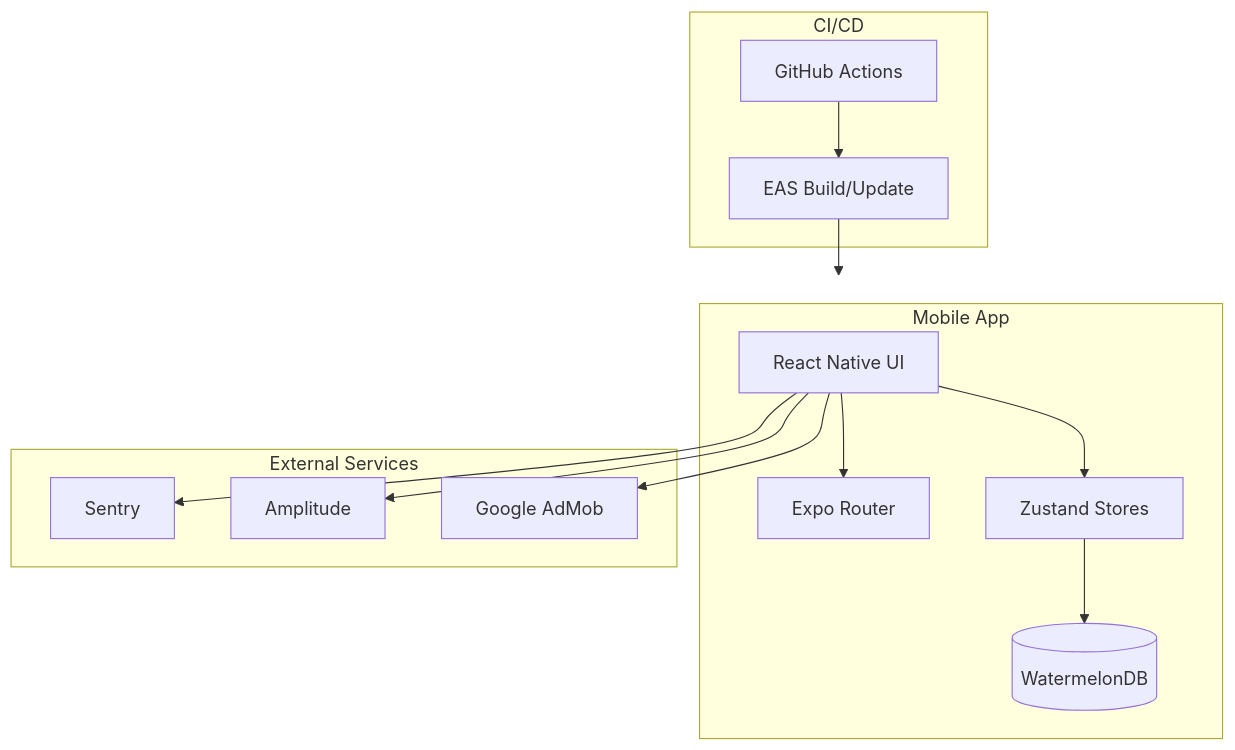
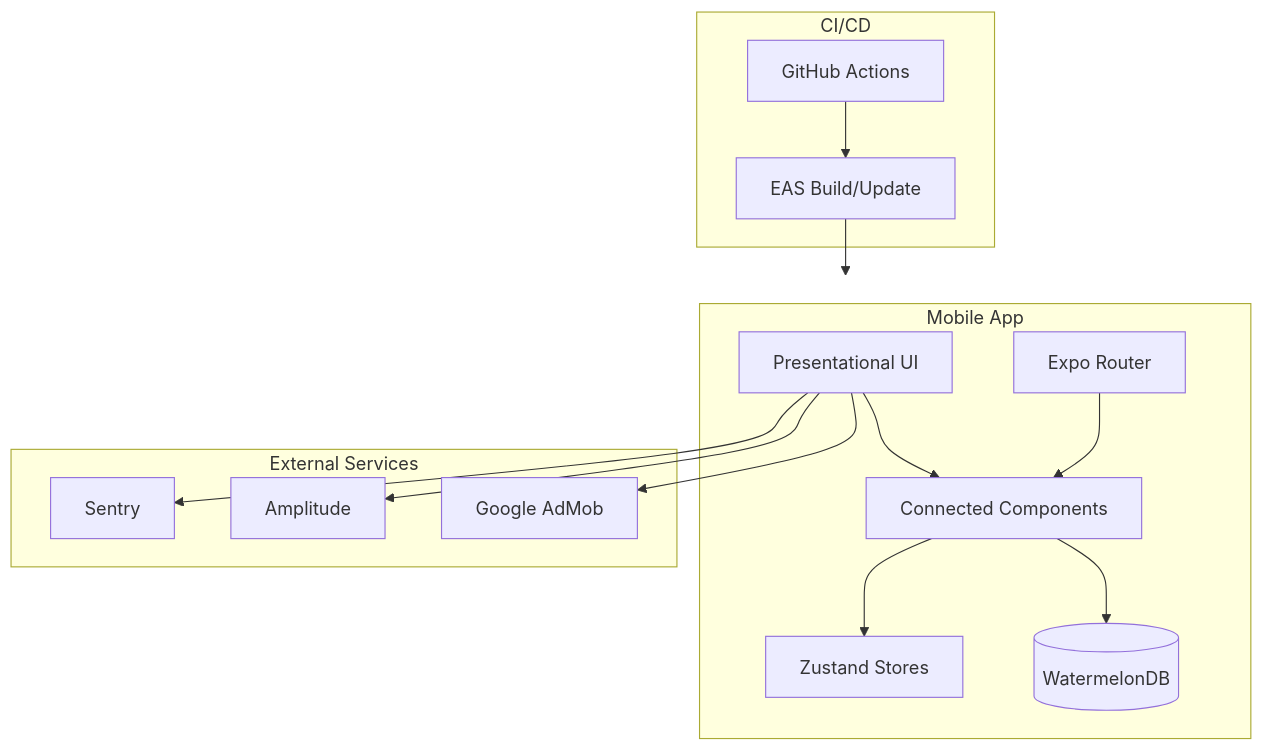
The first of 2 diagrams in docs-site/docs/technical/index.md (phetzel/rn-ps-public), drawn with Mermaid before and after one commit. The commit also changed other lines of this file and 3 other files, not shown here.

Commit message:
docs: update architecture and docs for connected layer

````diff
--- a/docs-site/docs/technical/index.md
+++ b/docs-site/docs/technical/index.md
@@ -7,31 +7,33 @@
 ```mermaid
 flowchart TB
     subgraph app["Mobile App"]
-        UI[React Native UI]
+        UI[Presentational UI]
+        Connected[Connected Components]
         Router[Expo Router]
         State[Zustand Stores]
         DB[(WatermelonDB)]
     end
 
     subgraph services["External Services"]
         Sentry[Sentry]
         Amplitude[Amplitude]
         AdMob[Google AdMob]
     end
 
     subgraph ci["CI/CD"]
         GH[GitHub Actions]
         EAS[EAS Build/Update]
     end
 
-    UI --> Router
-    UI --> State
-    State --> DB
+    UI --> Connected
+    Connected --> State
+    Connected --> DB
+    Router --> Connected
 
     UI --> Sentry
     UI --> Amplitude
     UI --> AdMob
 
     GH --> EAS
     EAS --> app
 ```
````
